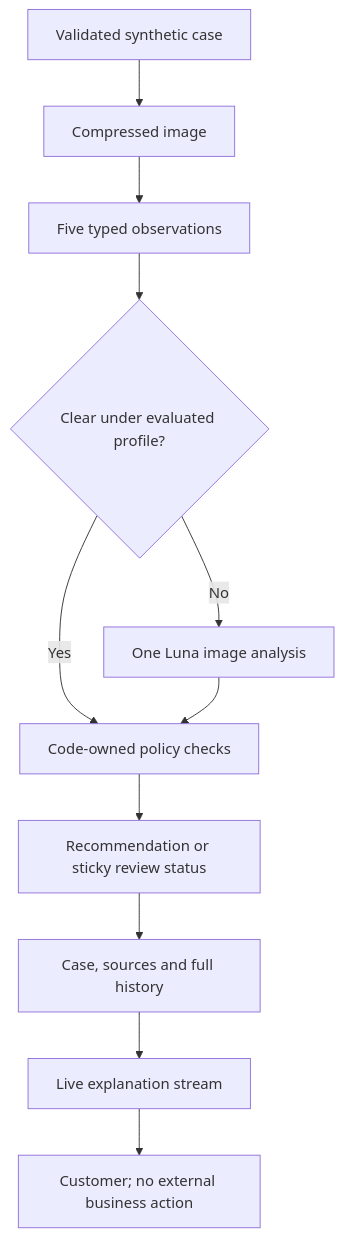
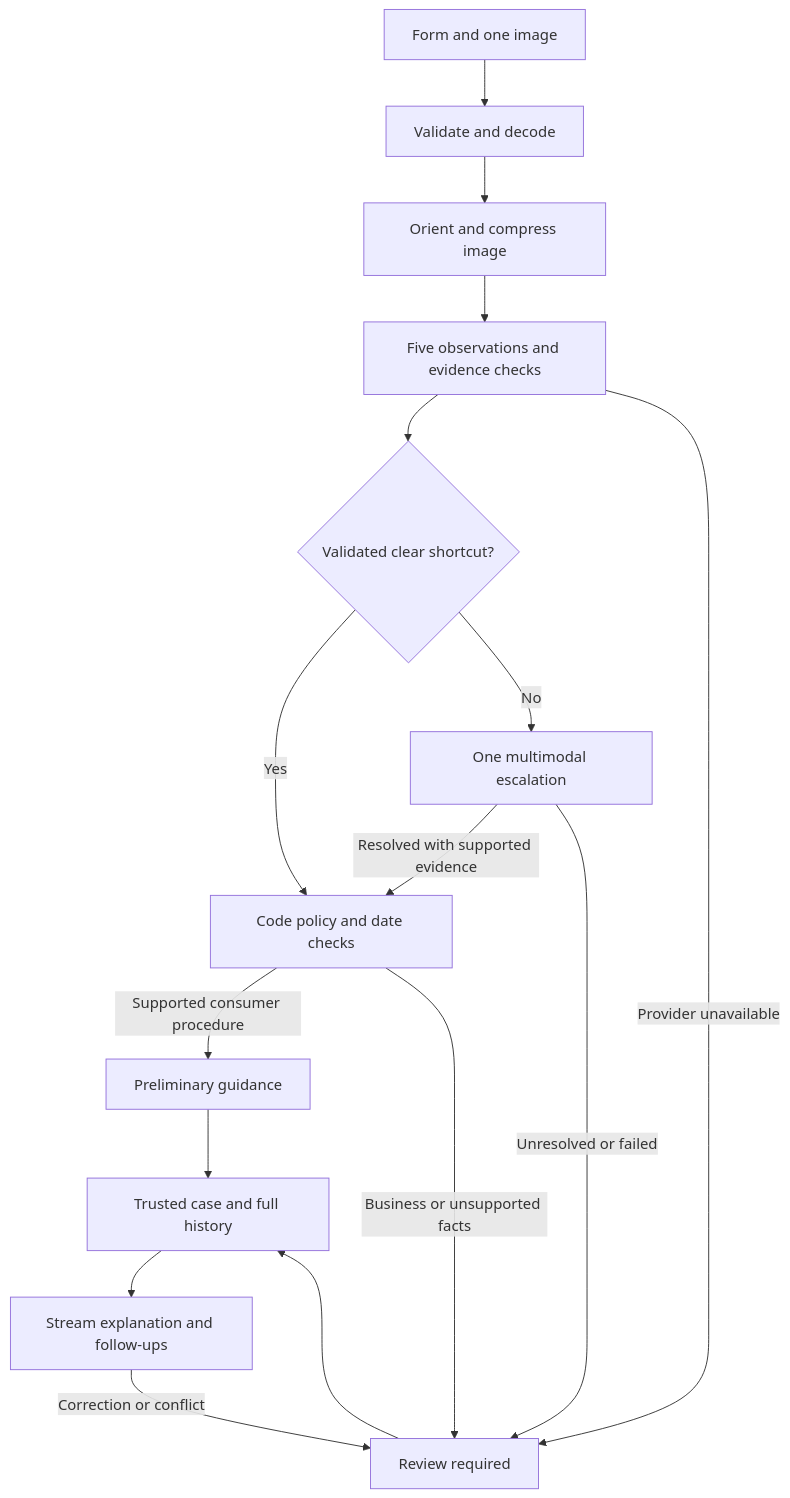
The second of 3 diagrams in docs/ADR/000-main-architecture.md (LucasMatuszewski/jsystems-codex-2026-11), drawn with Mermaid before and after one commit. The commit also changed other lines of this file and 8 other files, not shown here.

First line of the commit message:
Docs: align hardware-service PoC with Angular architecture

````diff
--- a/docs/ADR/000-main-architecture.md
+++ b/docs/ADR/000-main-architecture.md
@@ -160,13 +170,18 @@
 ```mermaid
 flowchart TD
-    Intake[Validated synthetic case] --> Image[Compressed image]
-    Image --> Observations[Five typed observations]
-    Observations --> Gate{Clear under evaluated profile?}
-    Gate -- No --> Escalation[One Luna image analysis]
-    Gate -- Yes --> Rules[Code-owned policy checks]
-    Escalation --> Rules
-    Rules --> Result[Recommendation or sticky review status]
-    Result --> Context[Case, sources and full history]
-    Context --> Stream[Live explanation stream]
-    Stream --> Customer[Customer; no external business action]
+    Input[Form and one image] --> Validate[Validate and decode]
+    Validate --> Prepare[Orient and compress image]
+    Prepare --> Decision[Five observations and evidence checks]
+    Decision --> Gate{Validated clear shortcut?}
+    Gate -->|Yes| Rules[Code policy and date checks]
+    Gate -->|No| Escalate[One multimodal escalation]
+    Escalate -->|Resolved with supported evidence| Rules
+    Escalate -->|Unresolved or failed| Review[Review required]
+    Decision -->|Provider unavailable| Review
+    Rules -->|Supported consumer procedure| Advice[Preliminary guidance]
+    Rules -->|Business or unsupported facts| Review
+    Review --> Context[Trusted case and full history]
+    Advice --> Context
+    Context --> Chat[Stream explanation and follow-ups]
+    Chat -->|Correction or conflict| Review
 ```
````
